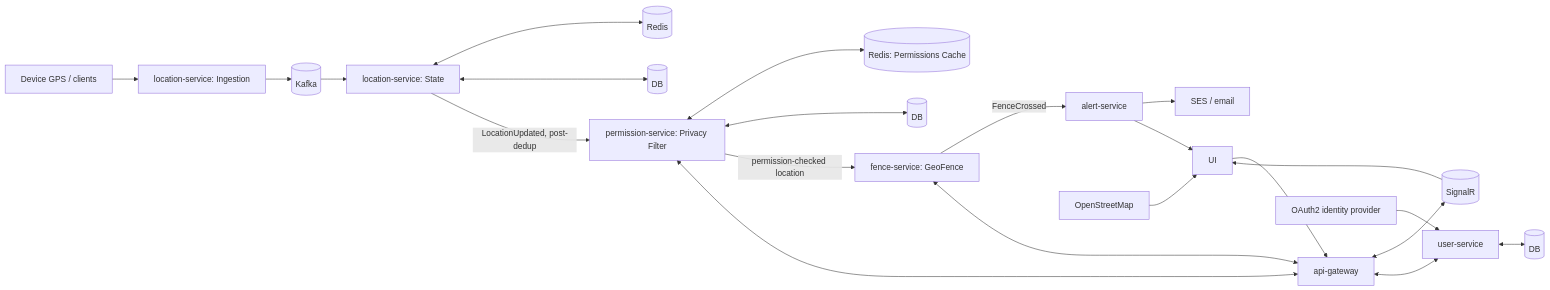
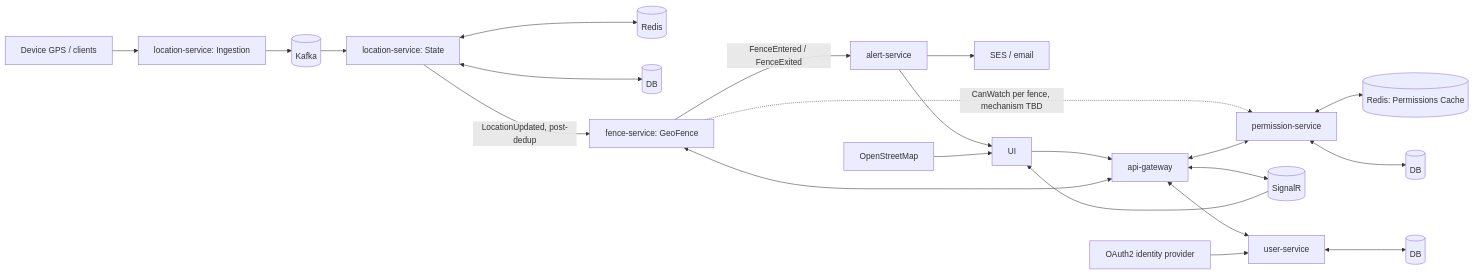
The diagram in docs/architecture/overview.md (ppitek40/WhereUAt), drawn with Mermaid before and after one commit. The commit also changed other lines of this file and 15 other files, not shown here.

Commit message:
Handle location updates with fence lookup and stale evaluation guard

````diff
--- a/docs/architecture/overview.md
+++ b/docs/architecture/overview.md
@@ -21,26 +21,26 @@
 ```mermaid
 flowchart LR
     GPS[Device GPS / clients] --> Ingest[location-service: Ingestion]
     Ingest --> Kafka[(Kafka)]
     Kafka --> LocState[location-service: State]
     LocState <--> LocCache[(Redis)]
     LocState <--> LocDB[(DB)]
-    LocState -->|LocationUpdated, post-dedup| Perm[permission-service: Privacy Filter]
+    LocState -->|LocationUpdated, post-dedup| Fence[fence-service: GeoFence]
+    Fence -.->|CanWatch per fence, mechanism TBD| Perm[permission-service]
     Perm <--> PermCache[(Redis: Permissions Cache)]
     Perm <--> PermDB[(DB)]
-    Perm -->|permission-checked location| Fence[fence-service: GeoFence]
-    Fence -->|FenceCrossed| Alert[alert-service]
+    Fence -->|FenceEntered / FenceExited| Alert[alert-service]
     Alert --> SES[SES / email]
     Alert --> UI[UI]
 
     Gateway[api-gateway] <--> SignalR[(SignalR)]
     SignalR --> UI
     UI --> Gateway
     Gateway <--> Perm
     Gateway <--> Fence
     Gateway <--> User[user-service]
     User <--> UserDB[(DB)]
 
     IdP[OAuth2 identity provider] --> User
     OSM[OpenStreetMap] --> UI
 ```
````
